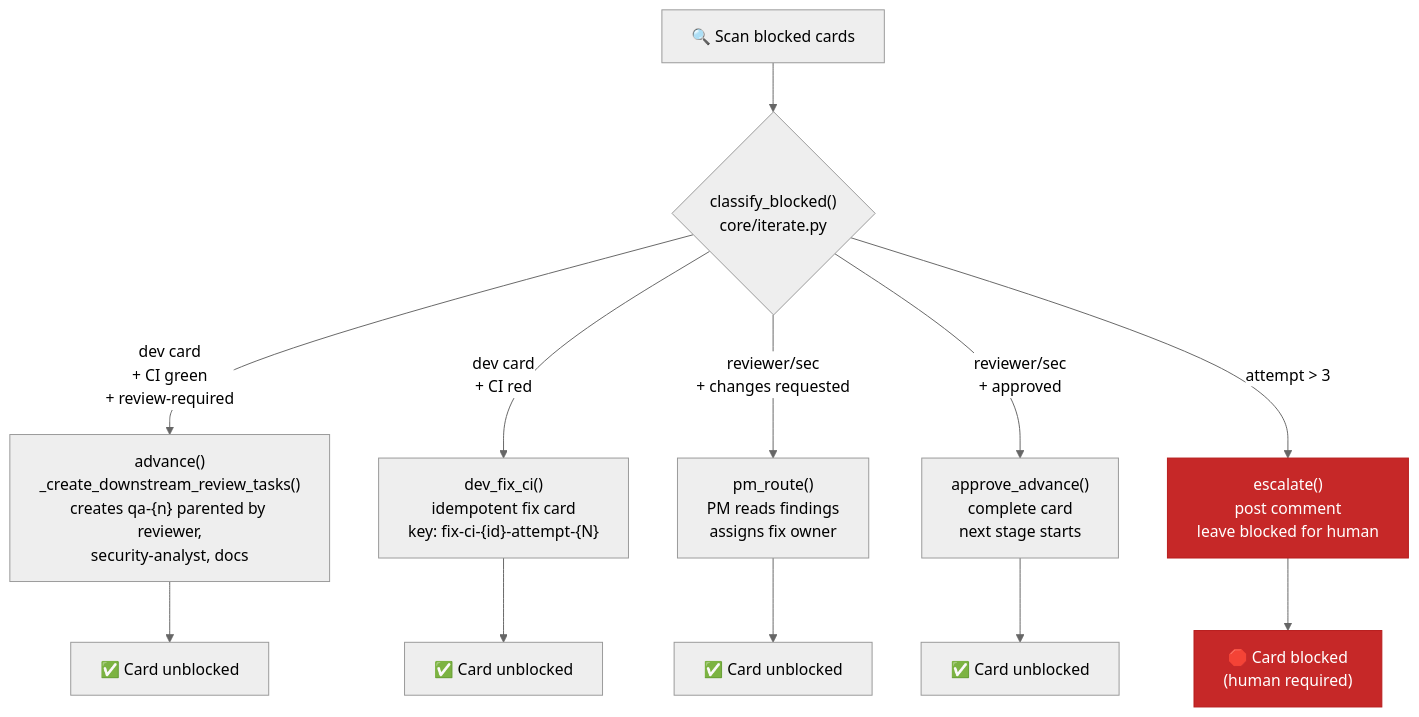
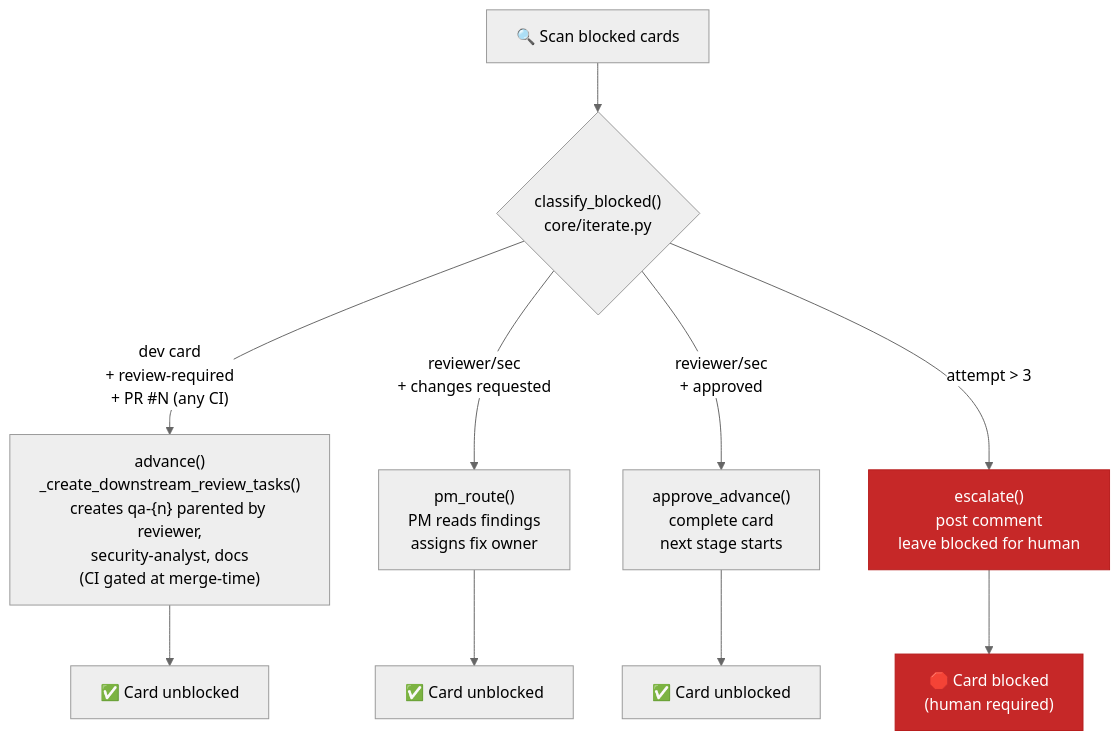
Before and after one commit to benmarte/daedalus: the third of 3 diagrams in README.md, drawn with Mermaid (neutral theme). The commit also changed other lines of this file and 7 other files, not shown here.

````diff
--- a/README.md
+++ b/README.md
@@ -916,19 +916,17 @@
 ```mermaid
 flowchart TD
     Scan["🔍 Scan blocked cards"] --> Classify{"classify_blocked()<br>core/iterate.py"}
 
-    Classify -->|"dev card<br>+ CI green<br>+ review-required"| AdvanceDev["advance()<br>_create_downstream_review_tasks()<br>creates qa-{n} parented by reviewer,<br>security-analyst, docs"]
-    Classify -->|"dev card<br>+ CI red"| DevFixCI["dev_fix_ci()<br>idempotent fix card<br>key: fix-ci-{id}-attempt-{N}"]
+    Classify -->|"dev card<br>+ review-required<br>+ PR #N (any CI)"| AdvanceDev["advance()<br>_create_downstream_review_tasks()<br>creates qa-{n} parented by reviewer,<br>security-analyst, docs<br>(CI gated at merge-time)"]
     Classify -->|"reviewer/sec<br>+ changes requested"| PMRoute["pm_route()<br>PM reads findings<br>assigns fix owner"]
     Classify -->|"reviewer/sec<br>+ approved"| ApproveAdv["approve_advance()<br>complete card<br>next stage starts"]
     Classify -->|"attempt > 3"| Escalate["escalate()<br>post comment<br>leave blocked for human"]
 
     AdvanceDev --> Done1["✅ Card unblocked"]
-    DevFixCI --> Done2["✅ Card unblocked"]
     PMRoute --> Done3["✅ Card unblocked"]
     ApproveAdv --> Done4["✅ Card unblocked"]
     Escalate --> Done5["🛑 Card blocked<br>(human required)"]
 
     style Escalate fill:#C62828,color:#fff,stroke:#B71C1C
     style Done5 fill:#C62828,color:#fff,stroke:#B71C1C
 ```
````
